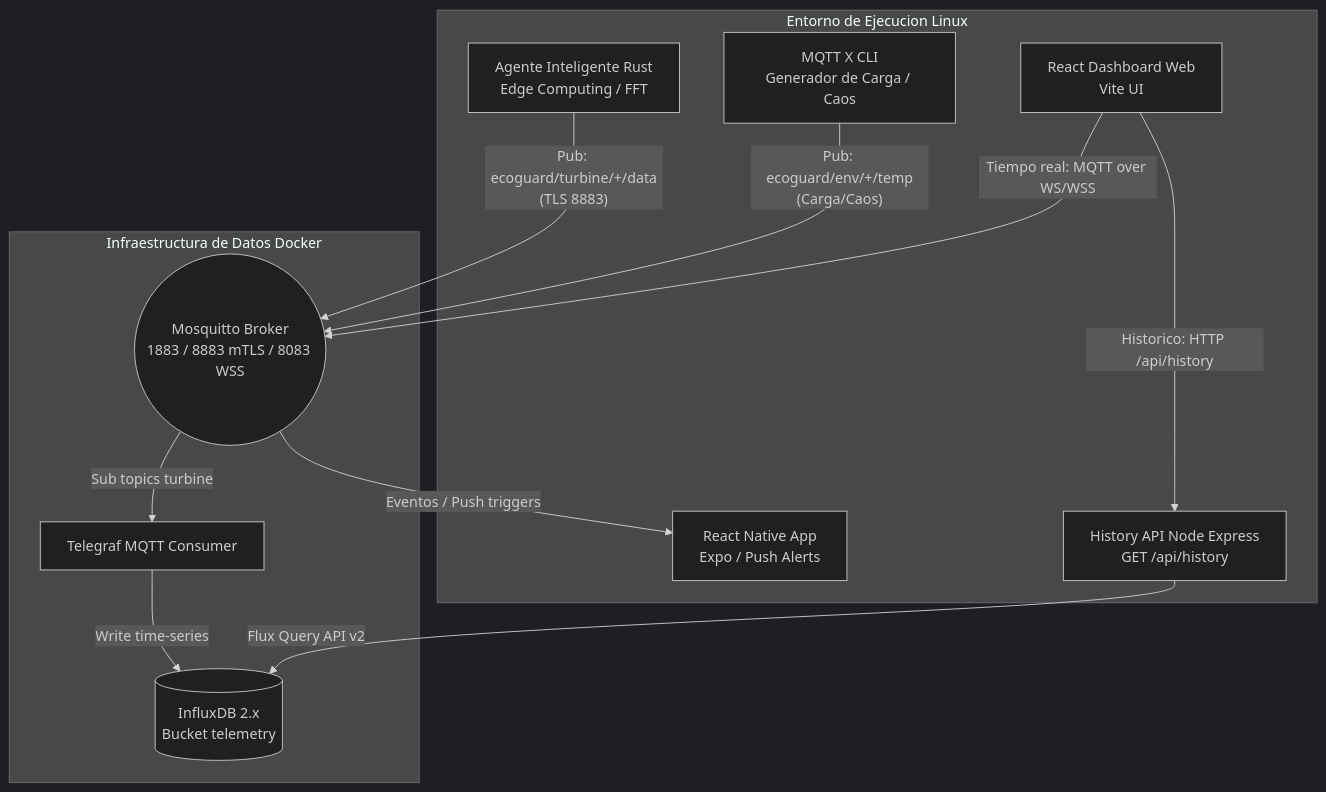
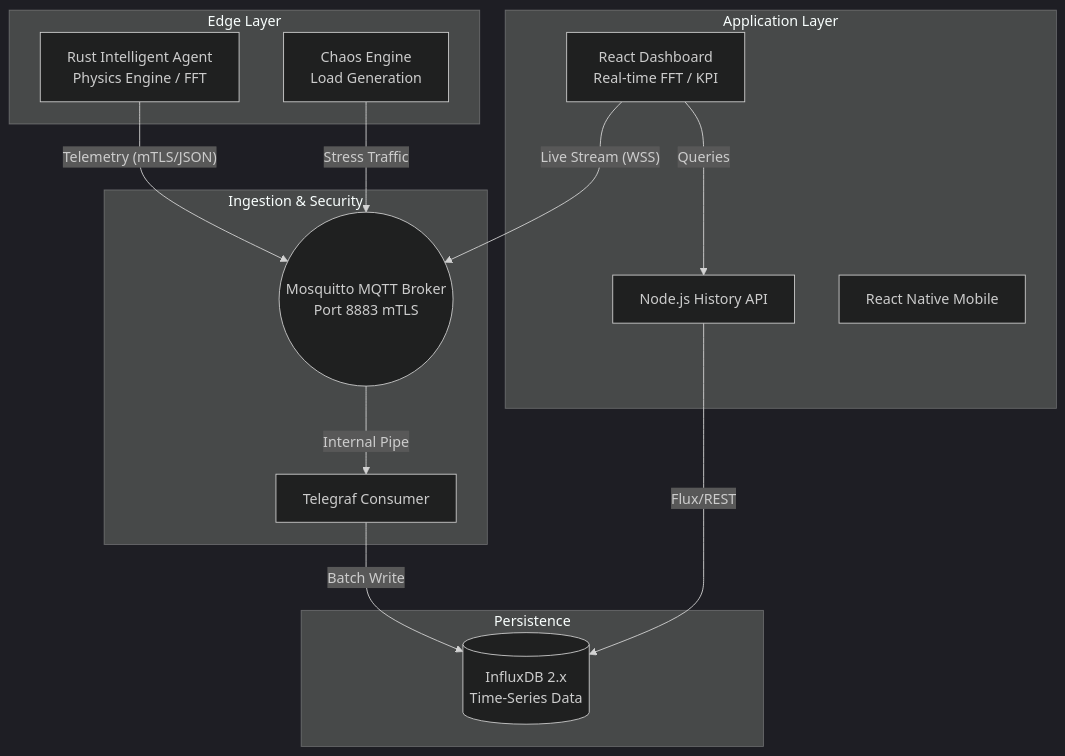
One commit to dontloseyourheadsu/EcoGuard changed the first of 2 diagrams in README.md. Above: the diagram before and after it, drawn with Mermaid (dark theme). The commit also changed other lines of this file, not shown here.

````diff
--- a/README.md
+++ b/README.md
@@ -17,29 +17,30 @@
 ```mermaid
 graph TD
-    subgraph Host [Entorno de Ejecucion Linux]
-        RustAgent[Agente Inteligente Rust<br/>Edge Computing / FFT]
-        MQTTX[MQTT X CLI<br/>Generador de Carga / Caos]
-        Web[React Dashboard Web<br/>Vite UI]
-        Api[History API Node Express<br/>GET /api/history]
-        App[React Native App<br/>Expo / Push Alerts]
+    subgraph EdgeLayer [Edge Layer]
+        Agent[Rust Intelligent Agent<br/>Physics Engine / FFT]
+        Chaos[Chaos Engine<br/>Load Generation]
     end
 
-    subgraph Infra [Infraestructura de Datos Docker]
-        Broker((Mosquitto Broker<br/>1883 / 8883 mTLS / 8083 WSS))
-        Telegraf[Telegraf MQTT Consumer]
-        Influx[(InfluxDB 2.x<br/>Bucket telemetry)]
+    subgraph IngestionLayer [Ingestion & Security]
+        Broker((Mosquitto MQTT Broker<br/>Port 8883 mTLS))
+        Telegraf[Telegraf Consumer]
     end
 
-    RustAgent -- "Pub: ecoguard/turbine/+/data<br/>(TLS 8883)" --> Broker
-    MQTTX -- "Pub: ecoguard/env/+/temp<br/>(Carga/Caos)" --> Broker
+    subgraph PersistenceLayer [Persistence]
+        InfluxDB[(InfluxDB 2.x<br/>Time-Series Data)]
+    end
 
-    Broker -- "Sub topics turbine" --> Telegraf
-    Telegraf -- "Write time-series" --> Influx
+    subgraph AppLayer [Application Layer]
+        WebDash[React Dashboard<br/>Real-time FFT / KPI]
+        HistoryAPI[Node.js History API]
+        MobileApp[React Native Mobile]
+    end
 
-    Web -- "Tiempo real: MQTT over WS/WSS" --> Broker
-    Web -- "Historico: HTTP /api/history" --> Api
-    Api -- "Flux Query API v2" --> Influx
-
-    Broker -- "Eventos / Push triggers" --> App
-
+    Agent -- "Telemetry (mTLS/JSON)" --> Broker
+    Chaos -- "Stress Traffic" --> Broker
+    Broker -- "Internal Pipe" --> Telegraf
+    Telegraf -- "Batch Write" --> InfluxDB
+    WebDash -- "Live Stream (WSS)" --> Broker
+    WebDash -- "Queries" --> HistoryAPI
+    HistoryAPI -- "Flux/REST" --> InfluxDB
 ```
````
